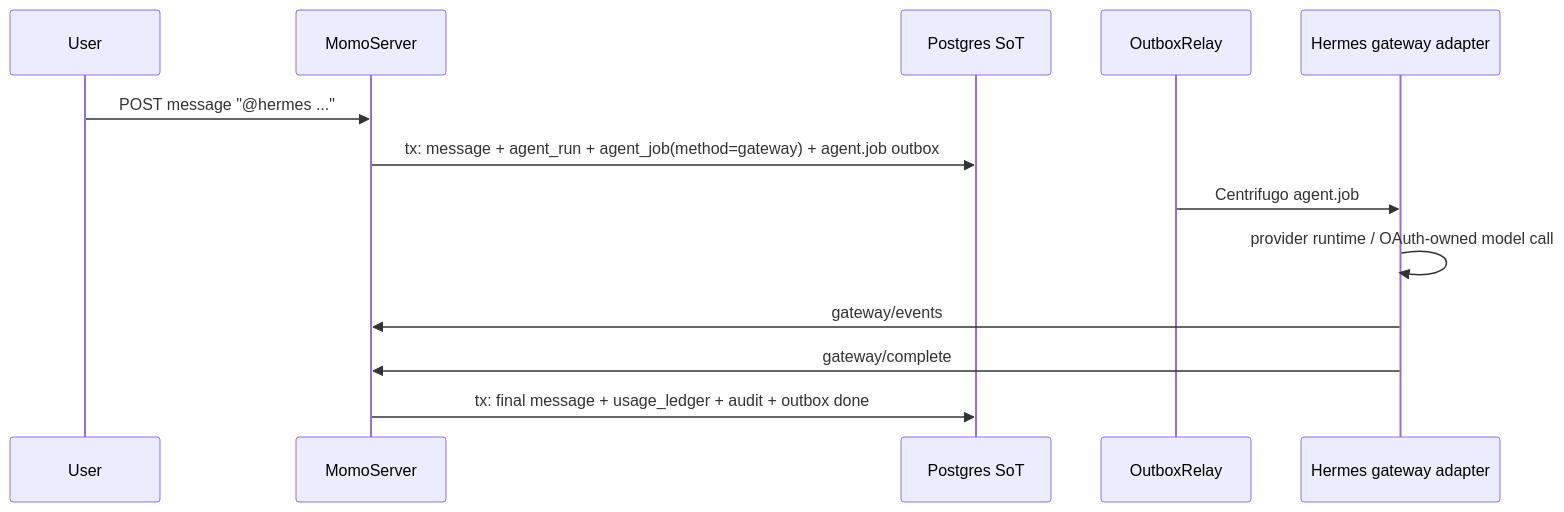
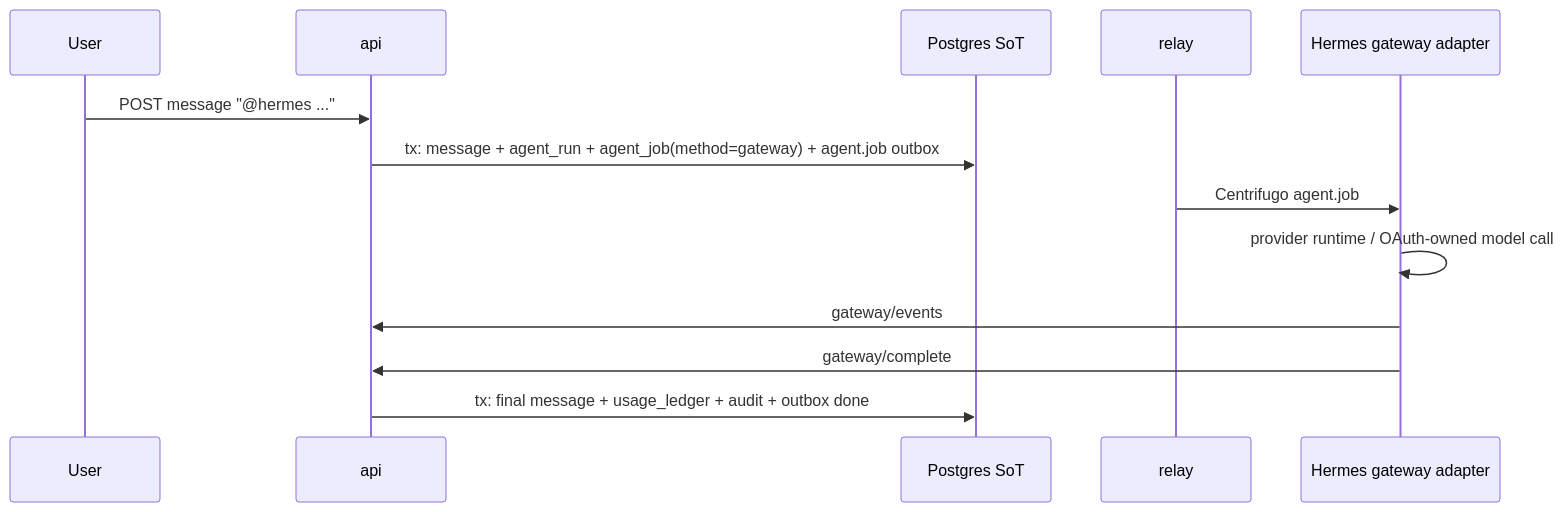
Before and after one commit to yeomyeonggeori/oort: the diagram in docs/external-agent-provider/hermes-gateway-native-platform.md, drawn with Mermaid. The commit also changed other lines of this file and 7 other files, not shown here.

````diff
--- a/docs/external-agent-provider/hermes-gateway-native-platform.md
+++ b/docs/external-agent-provider/hermes-gateway-native-platform.md
@@ -39,15 +44,15 @@
 ```mermaid
 sequenceDiagram
   participant User
-  participant API as MomoServer
+  participant API as api
   participant DB as Postgres SoT
-  participant Relay as OutboxRelay
+  participant Relay as relay
   participant Hermes as Hermes gateway adapter
   User->>API: POST message "@hermes ..."
   API->>DB: tx: message + agent_run + agent_job(method=gateway) + agent.job outbox
   Relay->>Hermes: Centrifugo agent.job
   Hermes->>Hermes: provider runtime / OAuth-owned model call
   Hermes->>API: gateway/events
   Hermes->>API: gateway/complete
   API->>DB: tx: final message + usage_ledger + audit + outbox done
 ```
````
